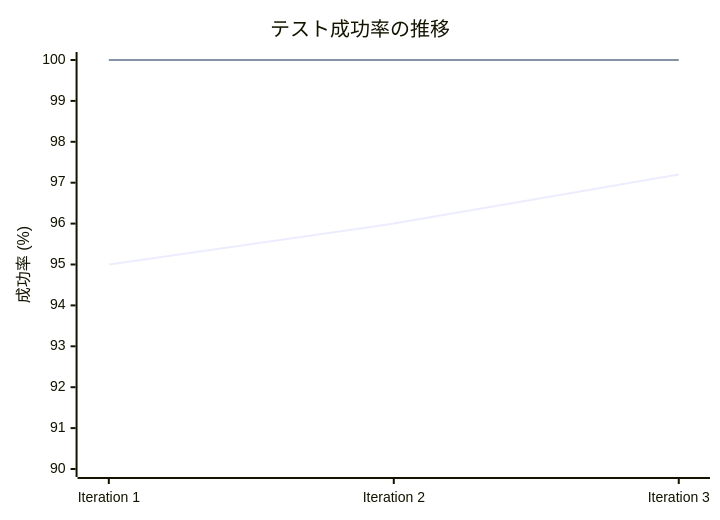
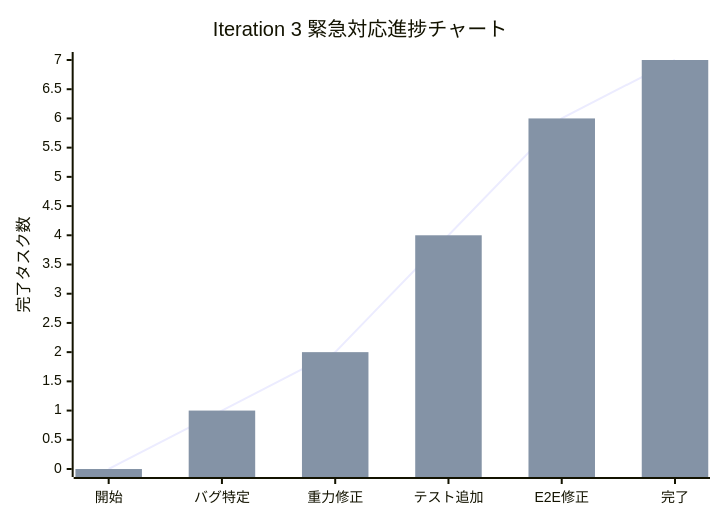
Before and after one commit to k2works/case-study-game-dev: the first of 3 diagrams in docs/development/iteration3-completion-report.md, drawn with Mermaid. The commit also changed other lines of this file, not shown here.

First line of the commit message:
refactor: Iteration 3 完了報告書をIteration 2と同じフォーマットに統一

````diff
--- a/docs/development/iteration3-completion-report.md
+++ b/docs/development/iteration3-completion-report.md
@@ -35,8 +31,8 @@
 ```mermaid
 xychart-beta
-    title "テスト成功率の推移"
-    x-axis ["Iteration 1", "Iteration 2", "Iteration 3"]
-    y-axis "成功率 (%)" 90 --> 100
-    line [95, 96, 97.2]
-    line [100, 100, 100]
+    title "Iteration 3 緊急対応進捗チャート"
+    x-axis ["開始", "バグ特定", "重力修正", "テスト追加", "E2E修正", "完了"]
+    y-axis "完了タスク数" 0 --> 7
+    line [0, 1, 2, 4, 6, 7]
+    bar [0, 1, 2, 4, 6, 7]
 ```
````
